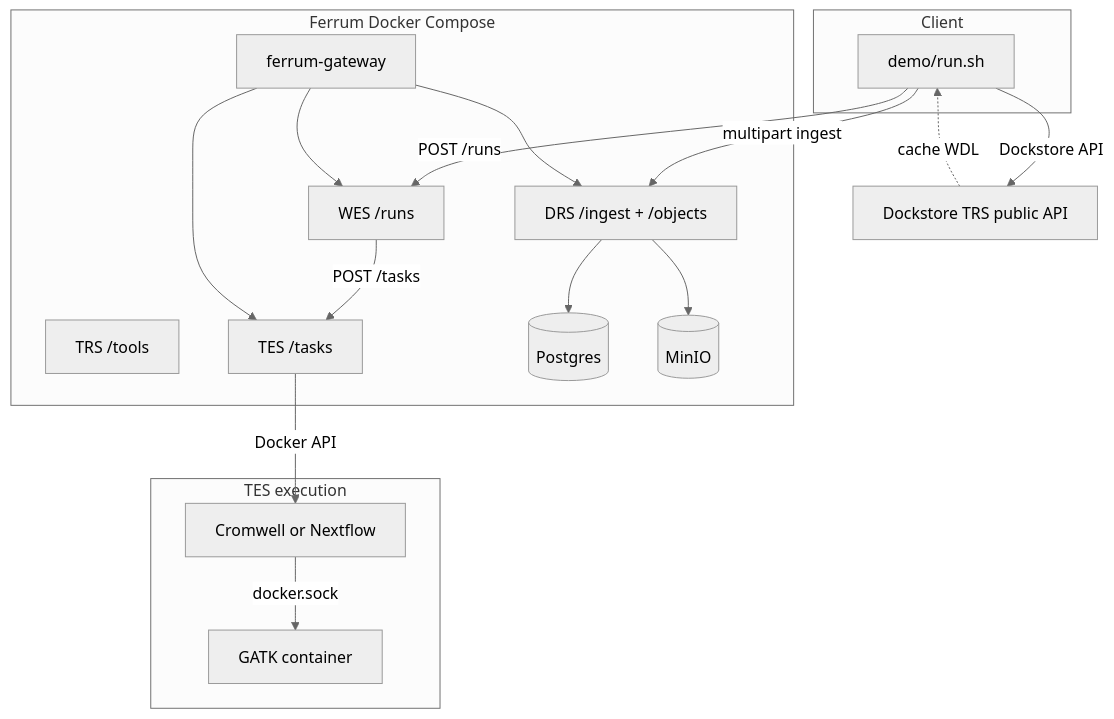
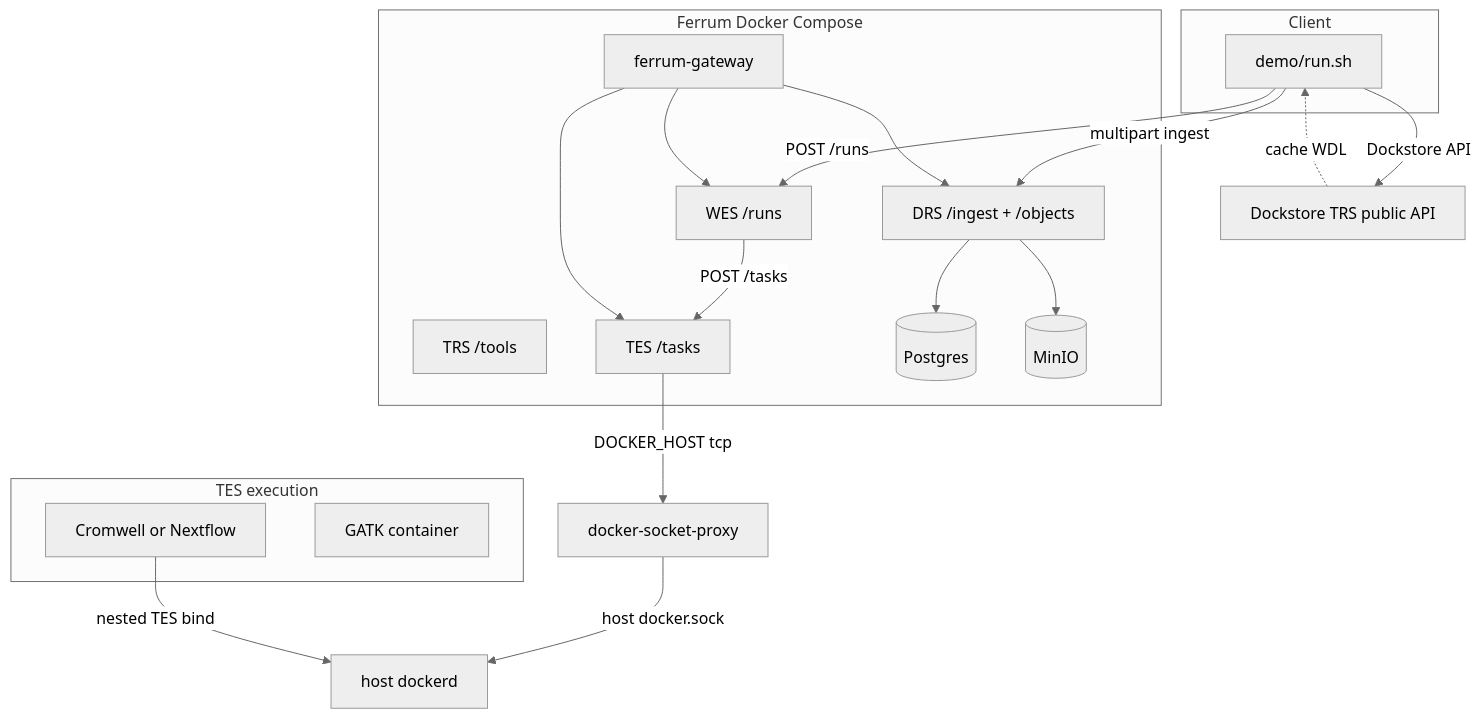
One commit to SynapticFour/Ferrum-GA4GH-Demo changed the first of 3 diagrams in docs/architecture.md. Above: the diagram before and after it, drawn with Mermaid (neutral theme). The commit also changed other lines of this file and 15 other files, not shown here.

First line of the commit message:
Stop committing Crypt4GH private keys and put Docker behind a socket proxy.

````diff
--- a/docs/architecture.md
+++ b/docs/architecture.md
@@ -16,31 +16,32 @@
 ```mermaid
 flowchart TB
   subgraph Client
     R[demo/run.sh]
   end
   subgraph FerrumStack[Ferrum Docker Compose]
     G[ferrum-gateway]
     DRS[DRS /ingest + /objects]
     TRS[TRS /tools]
     WES[WES /runs]
     TES[TES /tasks]
     PG[(Postgres)]
     S3[(MinIO)]
   end
   subgraph Exec[TES execution]
     C[Cromwell or Nextflow]
     GK[GATK container]
   end
   R -->|multipart ingest| DRS
   R -->|Dockstore API| TRSnote[Dockstore TRS public API]
   TRSnote -.->|cache WDL| R
   R -->|POST /runs| WES
   WES -->|POST /tasks| TES
-  TES -->|Docker API| C
-  C -->|docker.sock| GK
+  TES -->|DOCKER_HOST tcp| P[docker-socket-proxy]
+  P -->|host docker.sock| HostDaemon[host dockerd]
+  C -->|nested TES bind| HostDaemon
   DRS --> PG
   DRS --> S3
   G --> DRS
   G --> WES
   G --> TES
 ```
````
